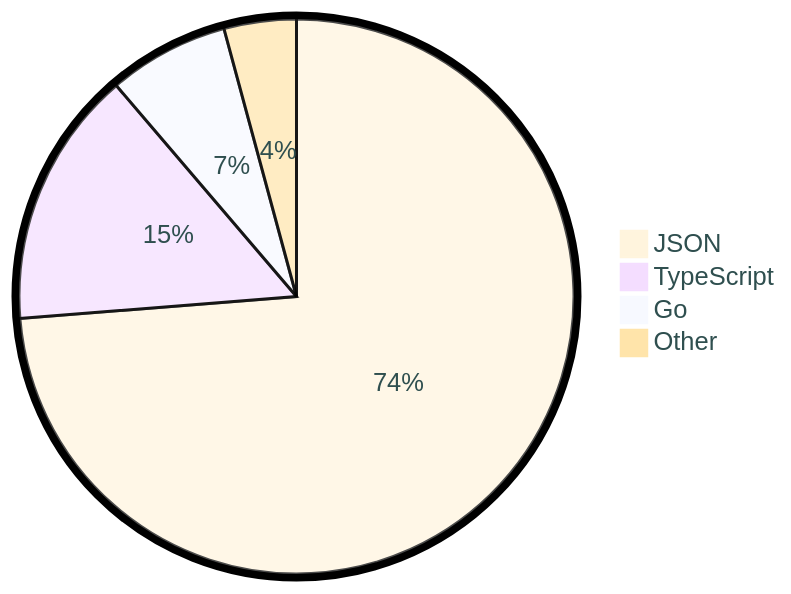
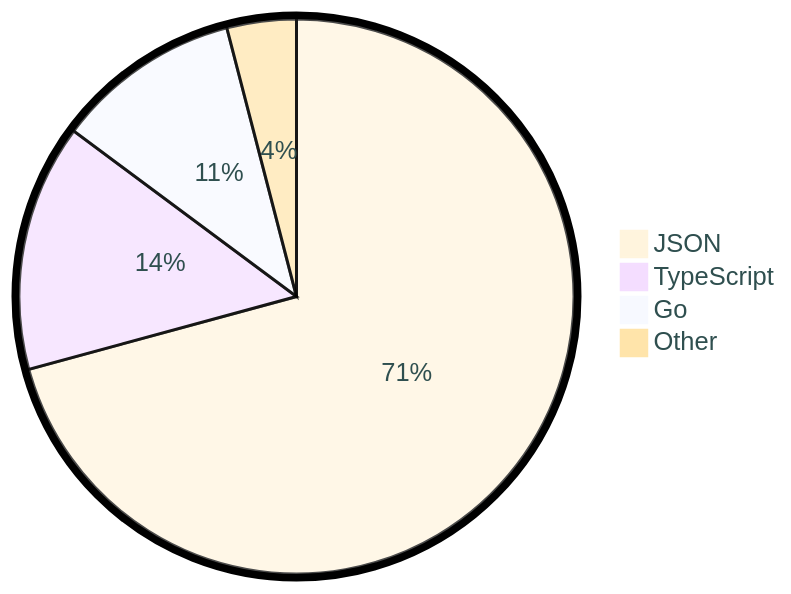
One commit to tot0p/tot0p changed the diagram in README.md. Above: the diagram before and after it, drawn with Mermaid. The commit also changed other lines of this file, not shown here.

````diff
--- a/README.md
+++ b/README.md
@@ -118,8 +118,8 @@
 ```mermaid
 %%{init: {"pie": {"textPosition": 0.5}, "themeVariables": {"pieOuterStrokeWidth": "5px","primaryTextColor" : "#2F4F4F"},"theme":"base"} }%%
 pie
-	"JSON": 73.74
-	"TypeScript": 15.01
-	"Go": 7.04
-	"Other": 4.21
+	"JSON": 70.77
+	"TypeScript": 14.4
+	"Go": 10.79
+	"Other": 4.04
 ```
````
